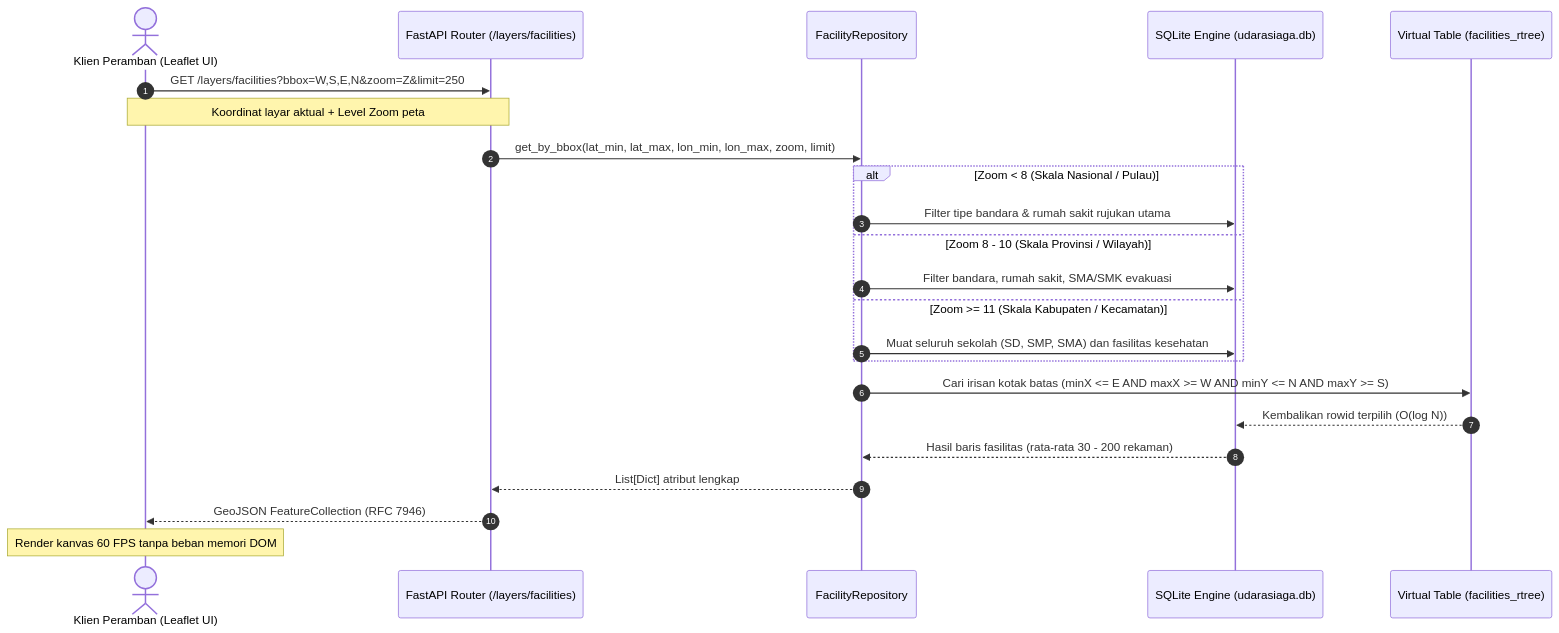
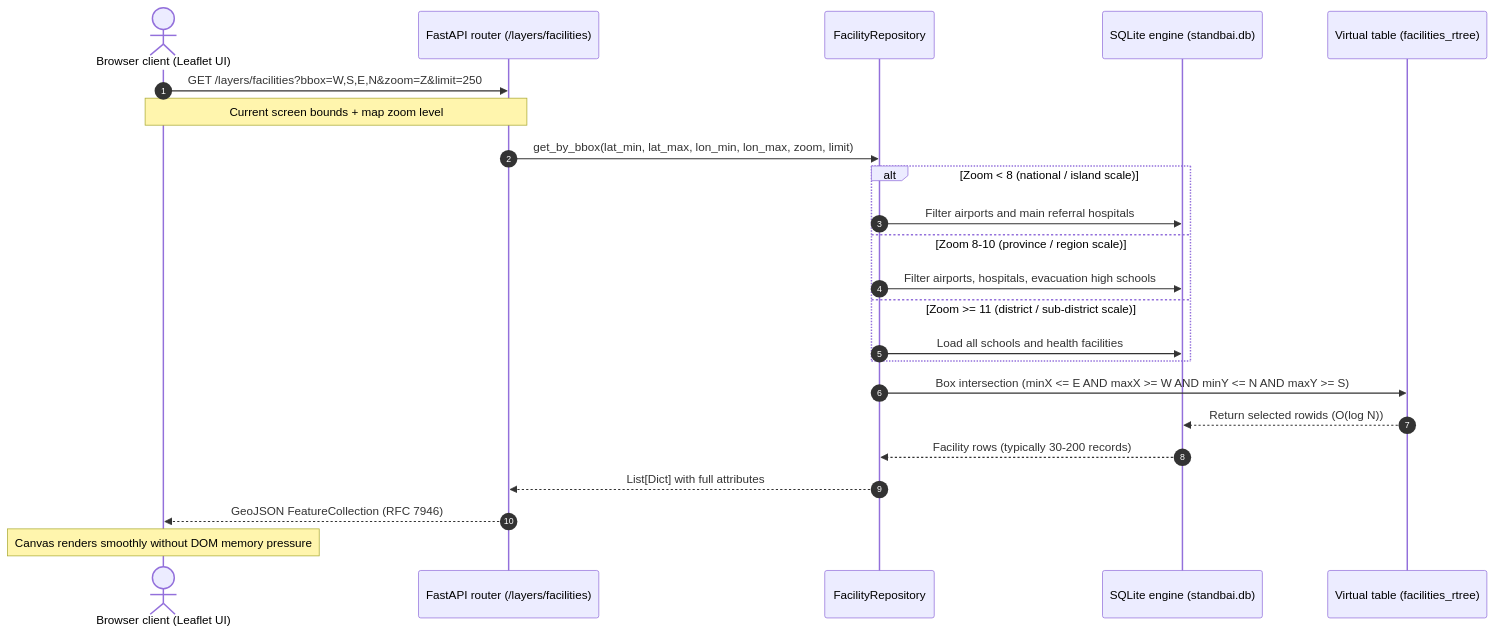
One commit to ITHACKITS/BE-FORGEHACK-2026 changed the first of 2 diagrams in docs/DATABASE_ARCHITECTURE.md. Above: the diagram before and after it, drawn with Mermaid. The commit also changed other lines of this file and 3 other files, not shown here.

Commit message:
docs: translate engine spec, sources and API contract to English

````diff
--- a/docs/DATABASE_ARCHITECTURE.md
+++ b/docs/DATABASE_ARCHITECTURE.md
@@ -153,28 +37,28 @@
 ```mermaid
 sequenceDiagram
     autonumber
-    actor Pengguna as Klien Peramban (Leaflet UI)
-    participant API as FastAPI Router (/layers/facilities)
+    actor User as Browser client (Leaflet UI)
+    participant API as FastAPI router (/layers/facilities)
     participant Repo as FacilityRepository
-    participant DB as SQLite Engine (udarasiaga.db)
-    participant RTree as Virtual Table (facilities_rtree)
+    participant DB as SQLite engine (standbai.db)
+    participant RTree as Virtual table (facilities_rtree)
 
-    Pengguna->>API: GET /layers/facilities?bbox=W,S,E,N&zoom=Z&limit=250
-    Note over Pengguna,API: Koordinat layar aktual + Level Zoom peta
+    User->>API: GET /layers/facilities?bbox=W,S,E,N&zoom=Z&limit=250
+    Note over User,API: Current screen bounds + map zoom level
     API->>Repo: get_by_bbox(lat_min, lat_max, lon_min, lon_max, zoom, limit)
-    
-    alt Zoom < 8 (Skala Nasional / Pulau)
-        Repo->>DB: Filter tipe bandara & rumah sakit rujukan utama
-    else Zoom 8 - 10 (Skala Provinsi / Wilayah)
-        Repo->>DB: Filter bandara, rumah sakit, SMA/SMK evakuasi
-    else Zoom >= 11 (Skala Kabupaten / Kecamatan)
-        Repo->>DB: Muat seluruh sekolah (SD, SMP, SMA) dan fasilitas kesehatan
+
+    alt Zoom < 8 (national / island scale)
+        Repo->>DB: Filter airports and main referral hospitals
+    else Zoom 8-10 (province / region scale)
+        Repo->>DB: Filter airports, hospitals, evacuation high schools
+    else Zoom >= 11 (district / sub-district scale)
+        Repo->>DB: Load all schools and health facilities
     end
 
-    Repo->>RTree: Cari irisan kotak batas (minX <= E AND maxX >= W AND minY <= N AND maxY >= S)
-    RTree-->>DB: Kembalikan rowid terpilih (O(log N))
-    DB-->>Repo: Hasil baris fasilitas (rata-rata 30 - 200 rekaman)
-    Repo-->>API: List[Dict] atribut lengkap
-    API-->>Pengguna: GeoJSON FeatureCollection (RFC 7946)
-    Note over Pengguna: Render kanvas 60 FPS tanpa beban memori DOM
+    Repo->>RTree: Box intersection (minX <= E AND maxX >= W AND minY <= N AND maxY >= S)
+    RTree-->>DB: Return selected rowids (O(log N))
+    DB-->>Repo: Facility rows (typically 30-200 records)
+    Repo-->>API: List[Dict] with full attributes
+    API-->>User: GeoJSON FeatureCollection (RFC 7946)
+    Note over User: Canvas renders smoothly without DOM memory pressure
 ```
````
